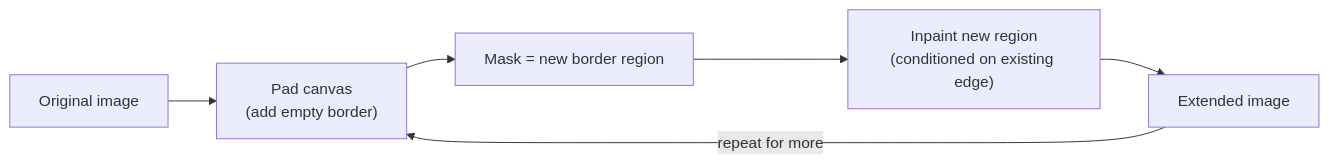
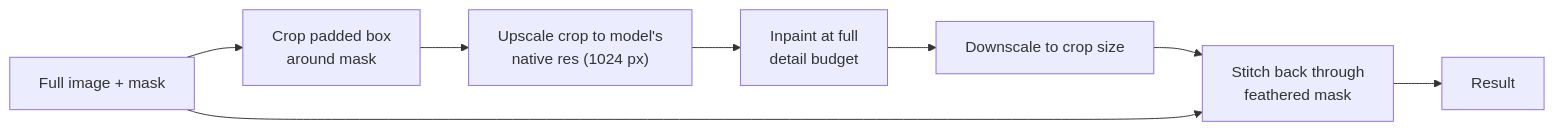
The third of 7 diagrams in github-pages/docs/ai-ml/inpainting-editing.md (AndrewAltimit/Documentation), drawn with Mermaid before and after one commit. The commit also changed other lines of this file and 240 other files, not shown here.

````diff
--- a/github-pages/docs/ai-ml/inpainting-editing.md
+++ b/github-pages/docs/ai-ml/inpainting-editing.md
@@ -181,8 +178,10 @@
 ```mermaid
 flowchart LR
-    Orig["Original image"] --> Pad["Pad canvas<br/>(add empty border)"]
-    Pad --> Mask["Mask = new border region"]
-    Mask --> Inp["Inpaint new region<br/>(conditioned on existing edge)"]
-    Inp --> Merged["Extended image"]
-    Merged -->|repeat for more| Pad
+    Full["Full image + mask"] --> Crop["Crop padded box<br/>around mask"]
+    Crop --> Up["Upscale crop to model's<br/>native res (1024 px)"]
+    Up --> Inp["Inpaint at full<br/>detail budget"]
+    Inp --> Down["Downscale to crop size"]
+    Down --> Stitch["Stitch back through<br/>feathered mask"]
+    Full --> Stitch
+    Stitch --> Out["Result"]
 ```
````
